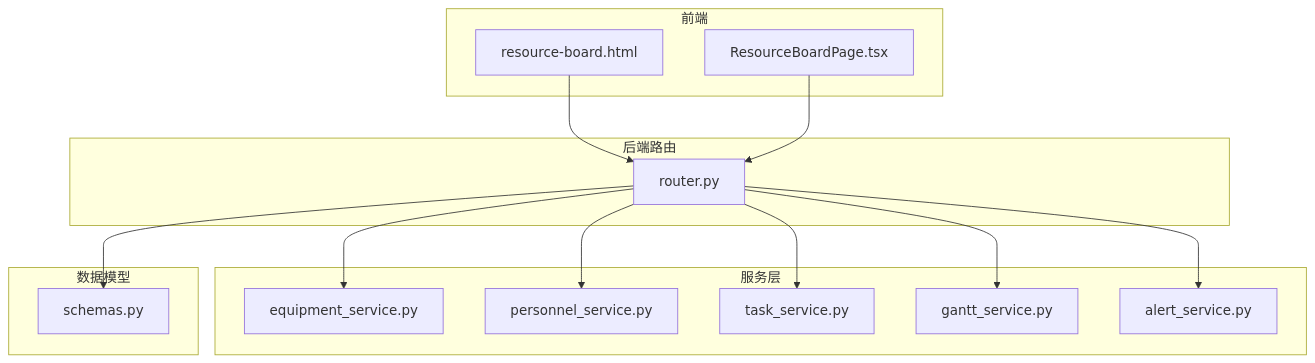
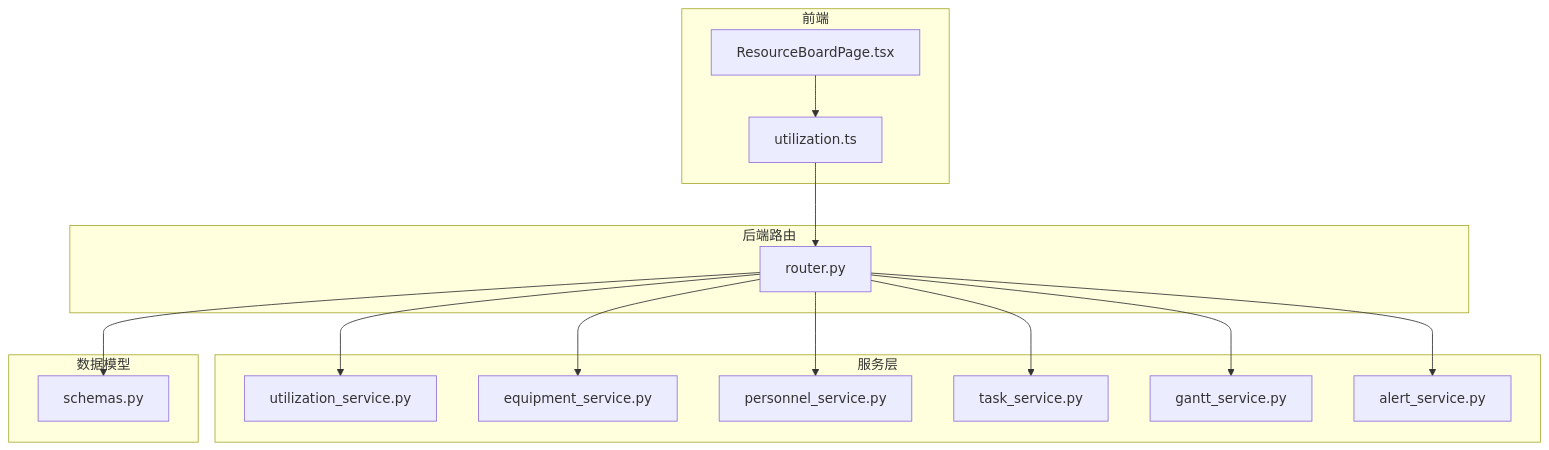
One commit to JiaStan/shizhi_system_df changed the first of 6 diagrams in .qoder/repowiki/zh/content/前端界面/功能模块界面/资源占用看板.md. Above: the diagram before and after it, drawn with Mermaid. The commit also changed other lines of this file and 53 other files, not shown here.

````diff
--- a/.qoder/repowiki/zh/content/前端界面/功能模块界面/资源占用看板.md
+++ b/.qoder/repowiki/zh/content/前端界面/功能模块界面/资源占用看板.md
@@ -42,28 +49,30 @@
 ```mermaid
 graph TB
 subgraph "前端"
-RB["resource-board.html"]
 RBP["ResourceBoardPage.tsx"]
+API["utilization.ts"]
 end
 subgraph "后端路由"
 RT["router.py"]
 end
 subgraph "服务层"
+US["utilization_service.py"]
 ES["equipment_service.py"]
 PS["personnel_service.py"]
 TS["task_service.py"]
 GS["gantt_service.py"]
 AS["alert_service.py"]
 end
 subgraph "数据模型"
 SC["schemas.py"]
 end
-RB --> RT
-RBP --> RT
+RBP --> API
+API --> RT
+RT --> US
 RT --> ES
 RT --> PS
 RT --> TS
 RT --> GS
 RT --> AS
 RT --> SC
 ```
````
